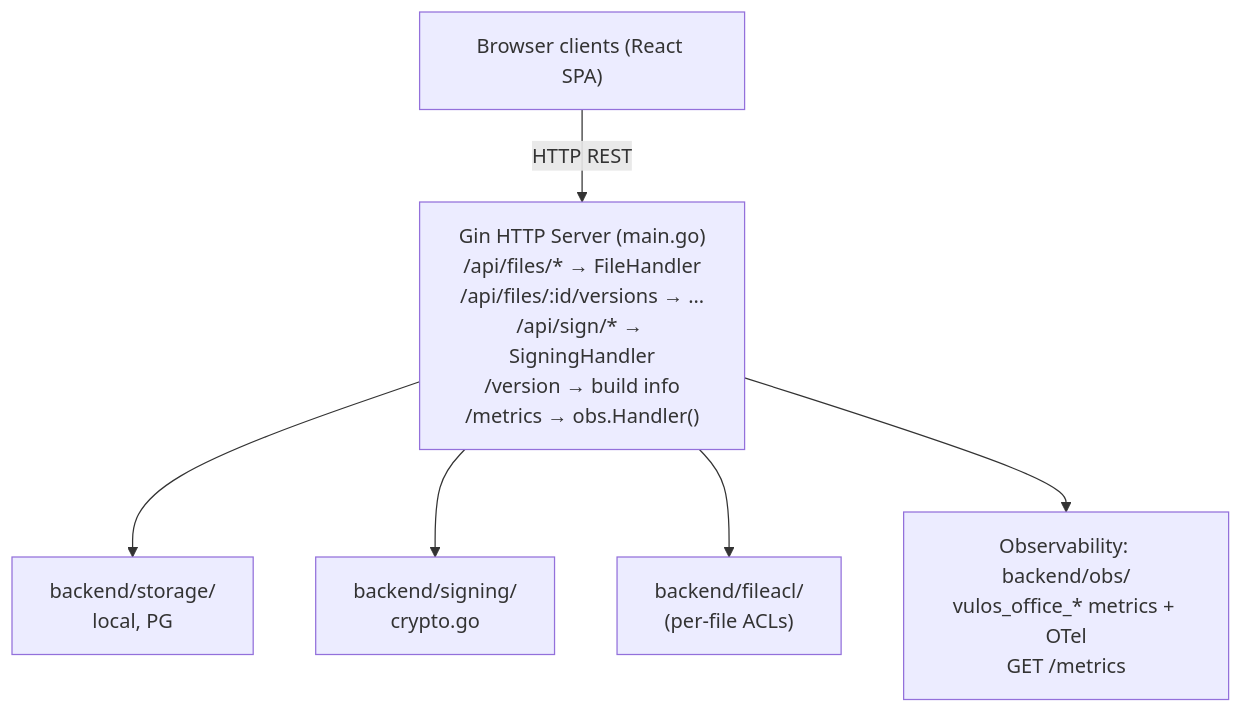
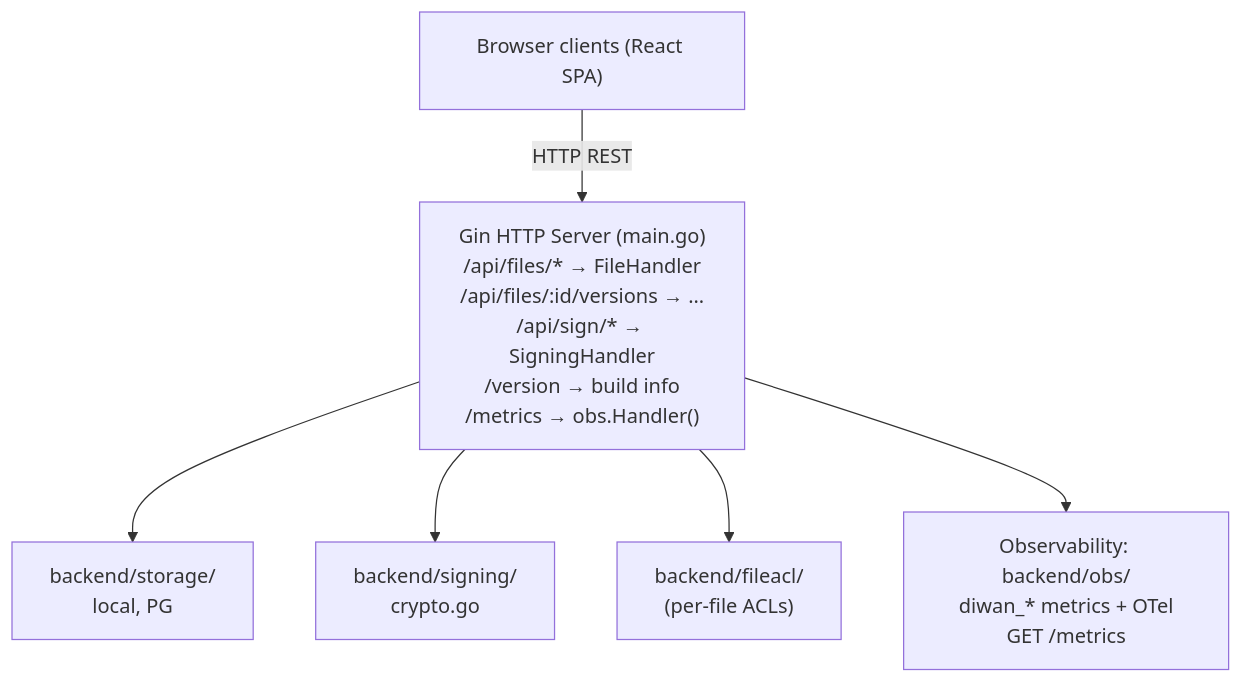
The diagram in site/docs/architecture.md (vul-os/diwan), drawn with Mermaid before and after one commit. The commit also changed other lines of this file and 312 other files, not shown here.

````diff
--- a/site/docs/architecture.md
+++ b/site/docs/architecture.md
@@ -64,14 +71,14 @@
 ```mermaid
 flowchart TD
     Browser["Browser clients (React SPA)"]
     Server["Gin HTTP Server (main.go)<br/>/api/files/* → FileHandler<br/>/api/files/:id/versions → ...<br/>/api/sign/* → SigningHandler<br/>/version → build info<br/>/metrics → obs.Handler()"]
     Storage["backend/storage/<br/>local, PG"]
     Signing["backend/signing/<br/>crypto.go"]
     Fileacl["backend/fileacl/<br/>(per-file ACLs)"]
-    Obs["Observability: backend/obs/<br/>vulos_office_* metrics + OTel<br/>GET /metrics"]
+    Obs["Observability: backend/obs/<br/>diwan_* metrics + OTel<br/>GET /metrics"]
     Browser -->|"HTTP REST"| Server
     Server --> Storage
     Server --> Signing
     Server --> Fileacl
     Server --> Obs
 ```
````
